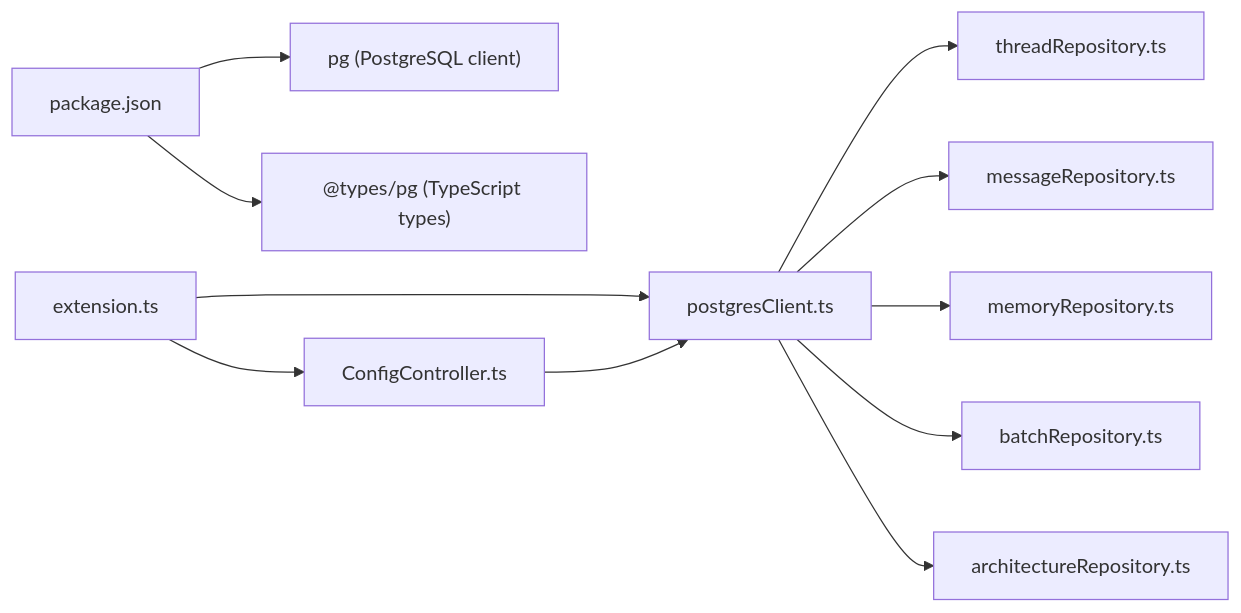
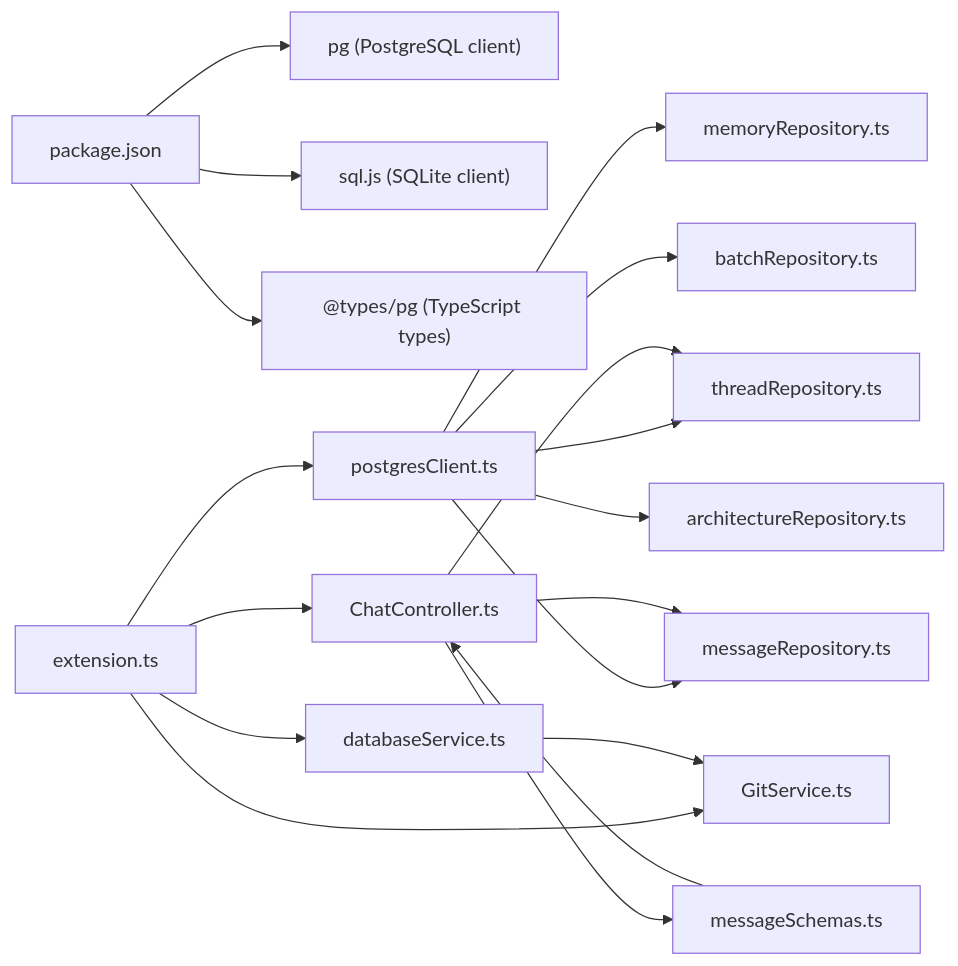
Before and after one commit to bramburn/repomix-runner: the third of 3 diagrams in .qoder/repowiki/en/content/Storage System/Database Service.md, drawn with Mermaid. The commit also changed other lines of this file and 27 other files, not shown here.

````diff
--- a/.qoder/repowiki/en/content/Storage System/Database Service.md
+++ b/.qoder/repowiki/en/content/Storage System/Database Service.md
@@ -329,24 +671,35 @@
 ```mermaid
 graph LR
 PKG["package.json"]
 PG["pg (PostgreSQL client)"]
+SQLJS["sql.js (SQLite client)"]
 TYPES["@types/pg (TypeScript types)"]
 EXT["extension.ts"]
 PGC["postgresClient.ts"]
 TR["threadRepository.ts"]
 MR["messageRepository.ts"]
 MEMR["memoryRepository.ts"]
 BR["batchRepository.ts"]
 AR["architectureRepository.ts"]
-CC["ConfigController.ts"]
+DBS["databaseService.ts"]
+GS["GitService.ts"]
+CC["ChatController.ts"]
+MS["messageSchemas.ts"]
 PKG --> PG
+PKG --> SQLJS
 PKG --> TYPES
 EXT --> PGC
+EXT --> DBS
+EXT --> GS
 EXT --> CC
 PGC --> TR
 PGC --> MR
 PGC --> MEMR
 PGC --> BR
 PGC --> AR
-CC --> PGC
+DBS --> GS
+CC --> TR
+CC --> MR
+CC --> MS
+MS --> CC
 ```
````
